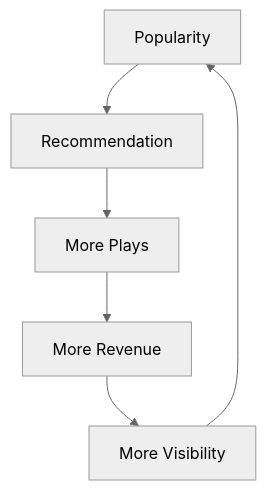
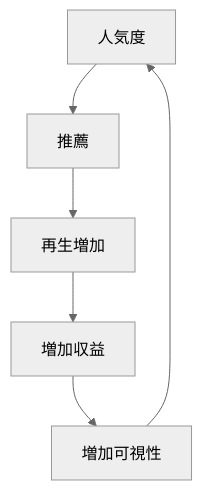
Diagram 14 of 27 in docs/whitepaper/06-economics-mathjax.md (ShigeichiroYamasaki/creator-first-platform), drawn with Mermaid (neutral theme) before and after one commit. The commit also changed other lines of this file and 72 other files, not shown here.

````diff
--- a/docs/whitepaper/06-economics-mathjax.md
+++ b/docs/whitepaper/06-economics-mathjax.md
@@ -735,9 +735,9 @@
 ```mermaid
 flowchart TD
-    POP[Popularity]
-    POP --> REC[Recommendation]
-    REC --> PLAY[More Plays]
-    PLAY --> MONEY[More Revenue]
-    MONEY --> VIS[More Visibility]
+    POP[人気度]
+    POP --> REC[推薦]
+    REC --> PLAY[再生増加]
+    PLAY --> MONEY[増加収益]
+    MONEY --> VIS[増加可視性]
     VIS --> POP
 ```
````
